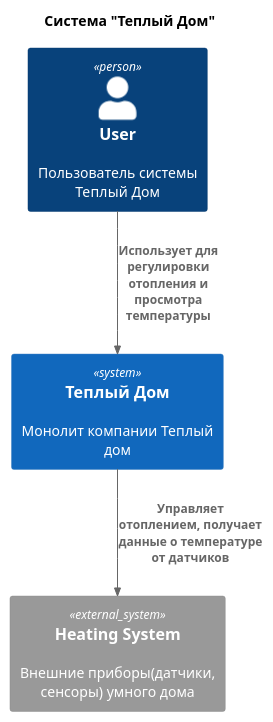
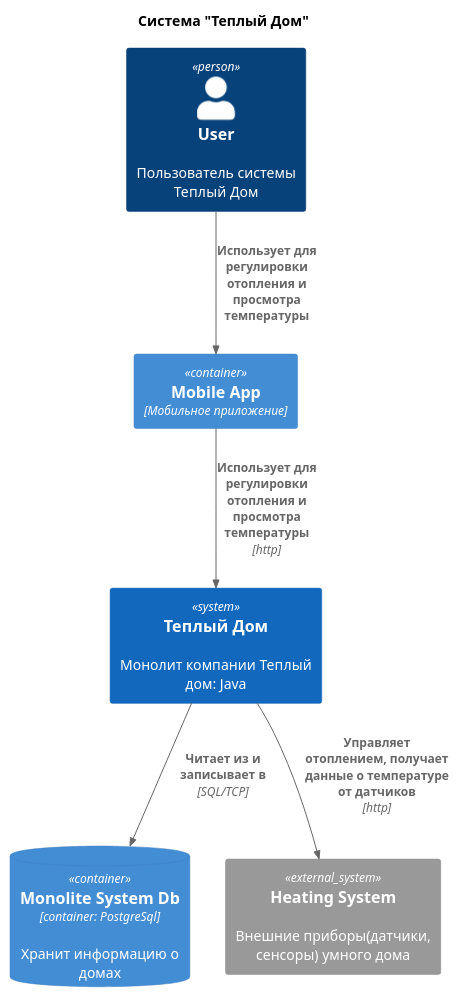
Before and after one commit to Ivan-Kozhushko/architecture-sprint-3: the diagram in c4-diagrams/as-is/task1-context.puml, drawn with PlantUML. The commit also changed 3 other files, not shown here.

```diff
--- a/c4-diagrams/as-is/task1-context.puml
+++ b/c4-diagrams/as-is/task1-context.puml
@@ -1,16 +1,21 @@
 @startuml
 title Система "Теплый Дом"
 
 top to bottom direction
 
 !includeurl https://raw.githubusercontent.com/RicardoNiepel/C4-PlantUML/master/C4_Component.puml
 
 Person(user, "User", "Пользователь системы Теплый Дом")
 
-System(monoliteSystem, "Теплый Дом", "Монолит компании Теплый дом")
+Container(mobileApp, "Mobile App", "Мобильное приложение")
+
+System(monoliteSystem, "Теплый Дом", "Монолит компании Теплый дом: Java")
+ContainerDb(monoliteSystemDb, "Monolite System Db", "container: PostgreSql", "Хранит информацию о домах")
 System_Ext(heatingSystem, "Heating System", "Внешние приборы(датчики, сенсоры) умного дома")
 
-Rel(user, monoliteSystem, "Использует для регулировки отопления и просмотра температуры")
-Rel(monoliteSystem, heatingSystem, "Управляет отоплением, получает данные о температуре от датчиков")
+Rel(user, mobileApp, "Использует для регулировки отопления и просмотра температуры")
+Rel(mobileApp, monoliteSystem, "Использует для регулировки отопления и просмотра температуры", "http")
+Rel(monoliteSystem, monoliteSystemDb, "Читает из и записывает в ", "SQL/TCP")
+Rel(monoliteSystem, heatingSystem, "Управляет отоплением, получает данные о температуре от датчиков", "http")
 
 @enduml
```
